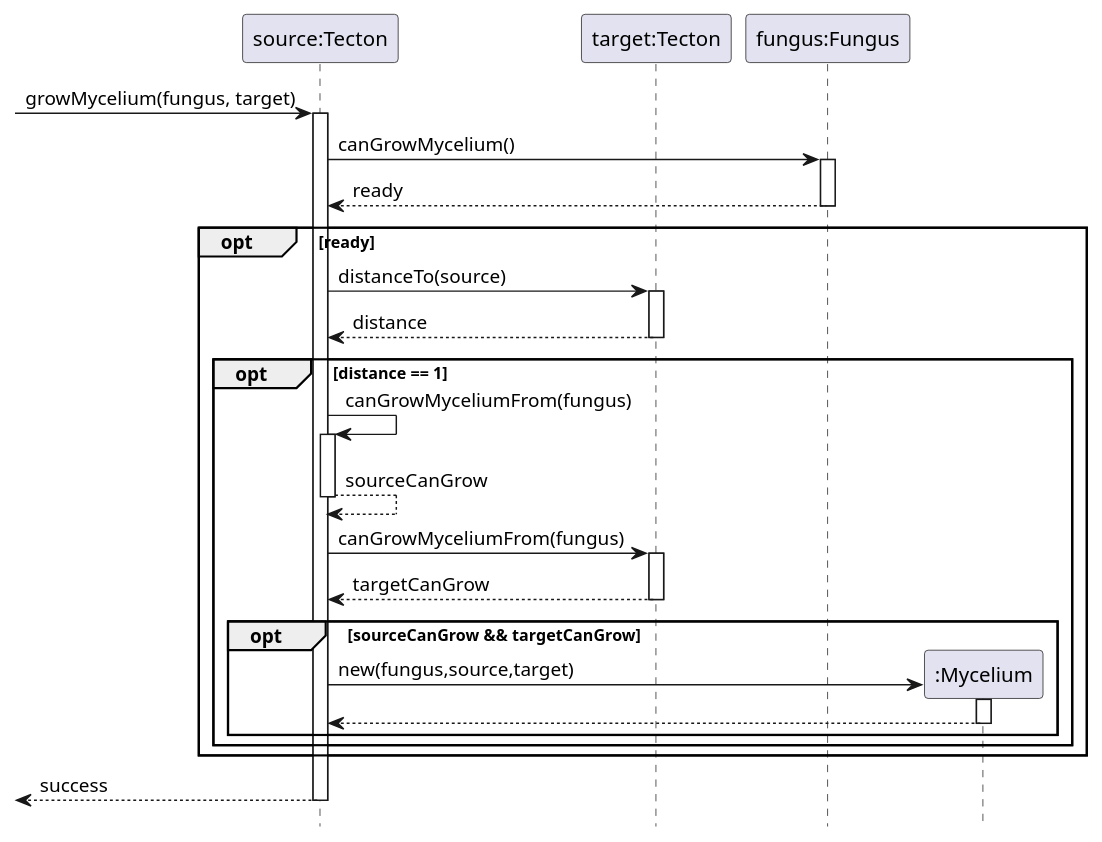
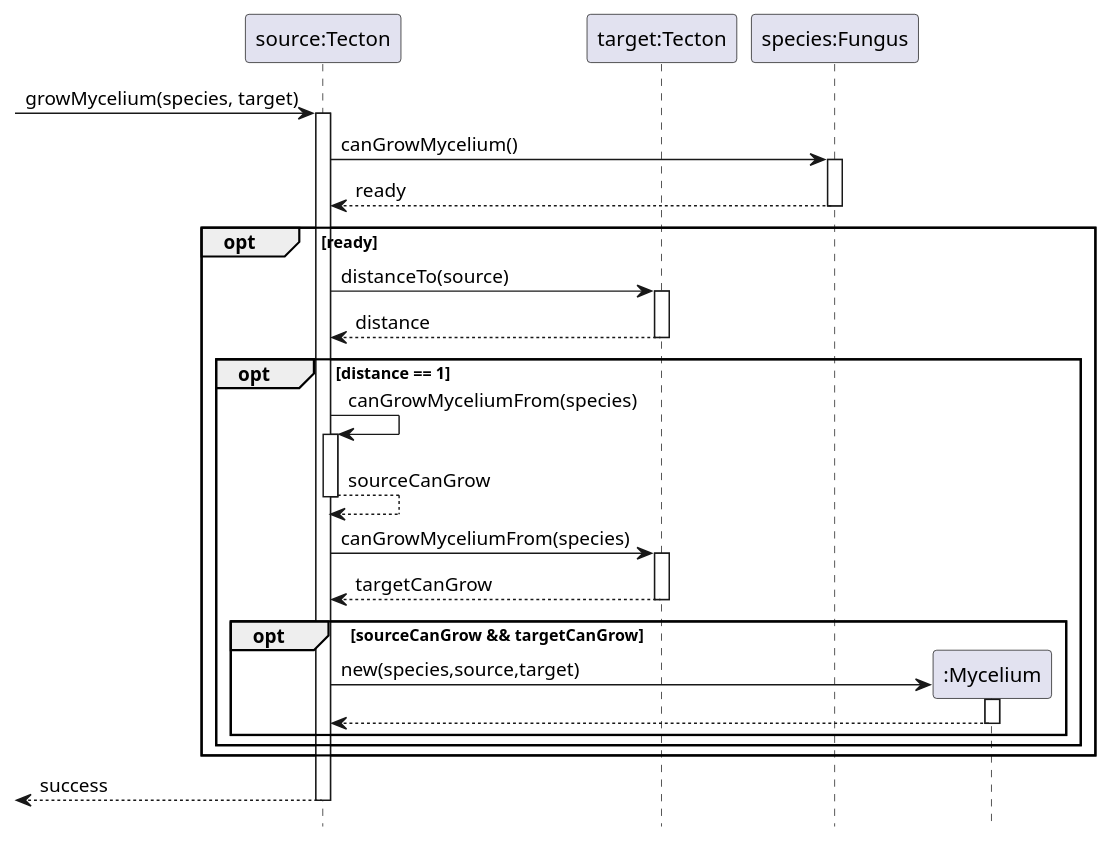
Before and after one commit to ZD4ve/projlab-error521: the diagram in Mycelium/mycelium-grow.pu, drawn with PlantUML. The commit also changed 1 other file, not shown here.

Commit message:
die() and species name change

```diff
--- a/Mycelium/mycelium-grow.pu
+++ b/Mycelium/mycelium-grow.pu
@@ -1,41 +1,41 @@
 @startuml Mycelium/mycelium-grow
 hide footbox
 
 participant "source:Tecton" as source
 participant "target:Tecton" as target
-participant "fungus:Fungus" as fungus
+participant "species:Fungus" as species
 participant ":Mycelium" as mycelium
 
--> source : growMycelium(fungus, target)
+-> source : growMycelium(species, target)
 activate source
 
-source -> fungus : canGrowMycelium()
-activate fungus
+source -> species : canGrowMycelium()
+activate species
 return ready
 opt ready
     source -> target : distanceTo(source)
     activate target
     return distance
     opt distance == 1
     'TODO MIAFASZ'
-        source -> source : canGrowMyceliumFrom(fungus)
+        source -> source : canGrowMyceliumFrom(species)
         activate source
         return sourceCanGrow
-        source -> target : canGrowMyceliumFrom(fungus) 
+        source -> target : canGrowMyceliumFrom(species) 
         activate target
         return targetCanGrow
         ' ^check (gombatest or mycelium) and (mycelium species count < limit)
 
         opt sourceCanGrow && targetCanGrow
             create mycelium
-            source -> mycelium : new(fungus,source,target)
+            source -> mycelium : new(species,source,target)
             activate mycelium
             return
         end
     end
 end
 <-- source : success
 deactivate source
 
 
 @enduml
```
